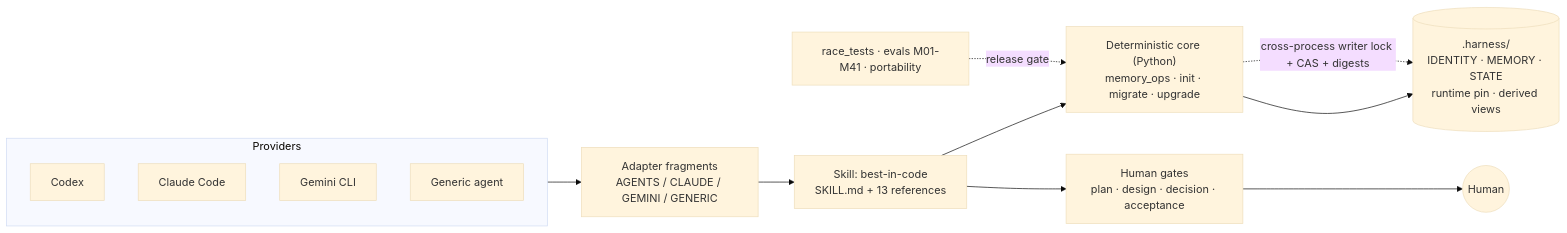
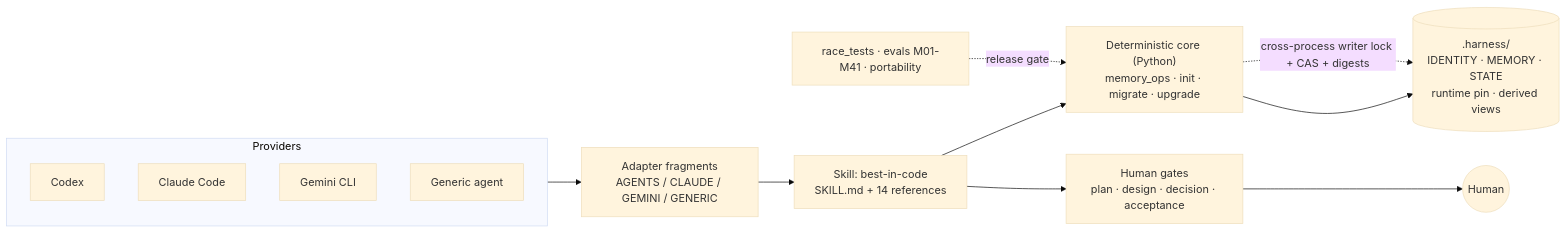
One commit to kingggg5/harness changed the diagram in README.md. Above: the diagram before and after it, drawn with Mermaid (base theme). The commit also changed other lines of this file and 27 other files, not shown here.

````diff
--- a/README.md
+++ b/README.md
@@ -98,17 +113,17 @@
 ```mermaid
 graph LR
 	subgraph Providers
 		CX[Codex]
 		CC[Claude Code]
 		GEM[Gemini CLI]
 		GEN[Generic agent]
 	end
 	Providers --> AD[Adapter fragments<br/>AGENTS / CLAUDE / GEMINI / GENERIC]
-	AD --> SKILL["Skill: best-in-code<br/>SKILL.md + 13 references"]
+	AD --> SKILL["Skill: best-in-code<br/>SKILL.md + 14 references"]
 	SKILL --> OPS["Deterministic core (Python)<br/>memory_ops · init · migrate · upgrade"]
 	OPS --> STORE[(".harness/<br/>IDENTITY · MEMORY · STATE<br/>runtime pin · derived views")]
 	OPS -. cross-process writer lock + CAS + digests .-> STORE
 	SKILL --> GATES[Human gates<br/>plan · design · decision · acceptance]
 	GATES --> HUMAN((Human))
 	QA2[race_tests · evals M01-M41 · portability] -. release gate .-> OPS
 ```
````
